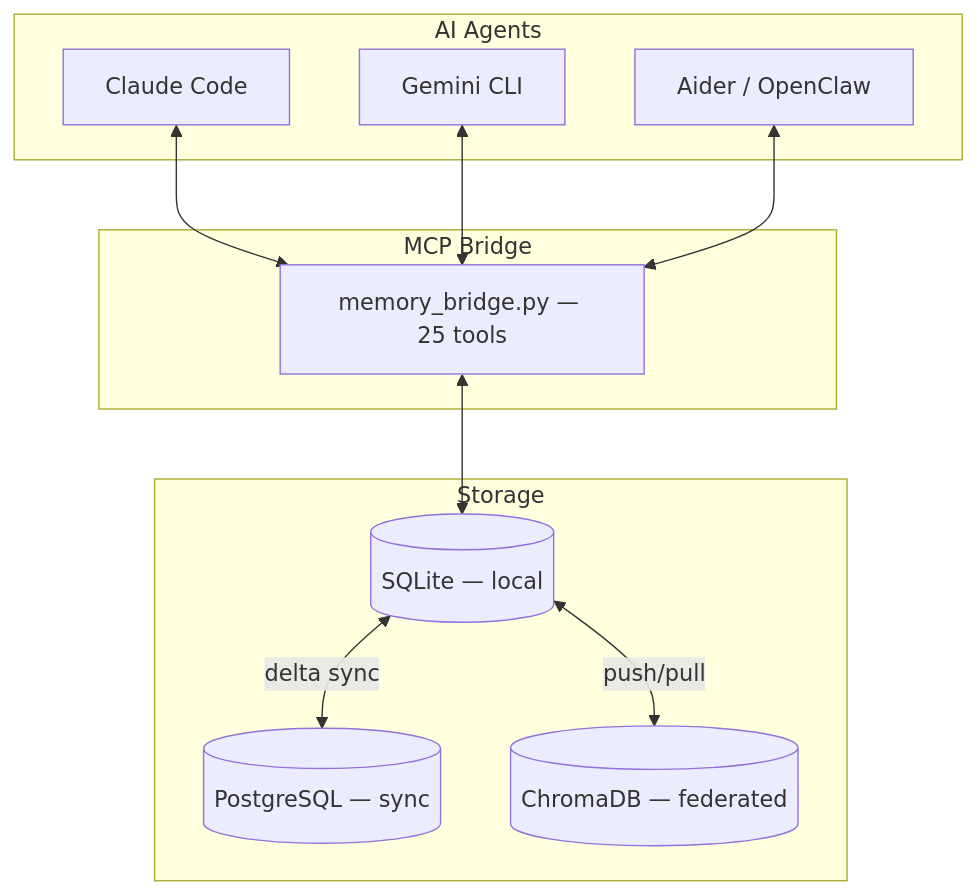
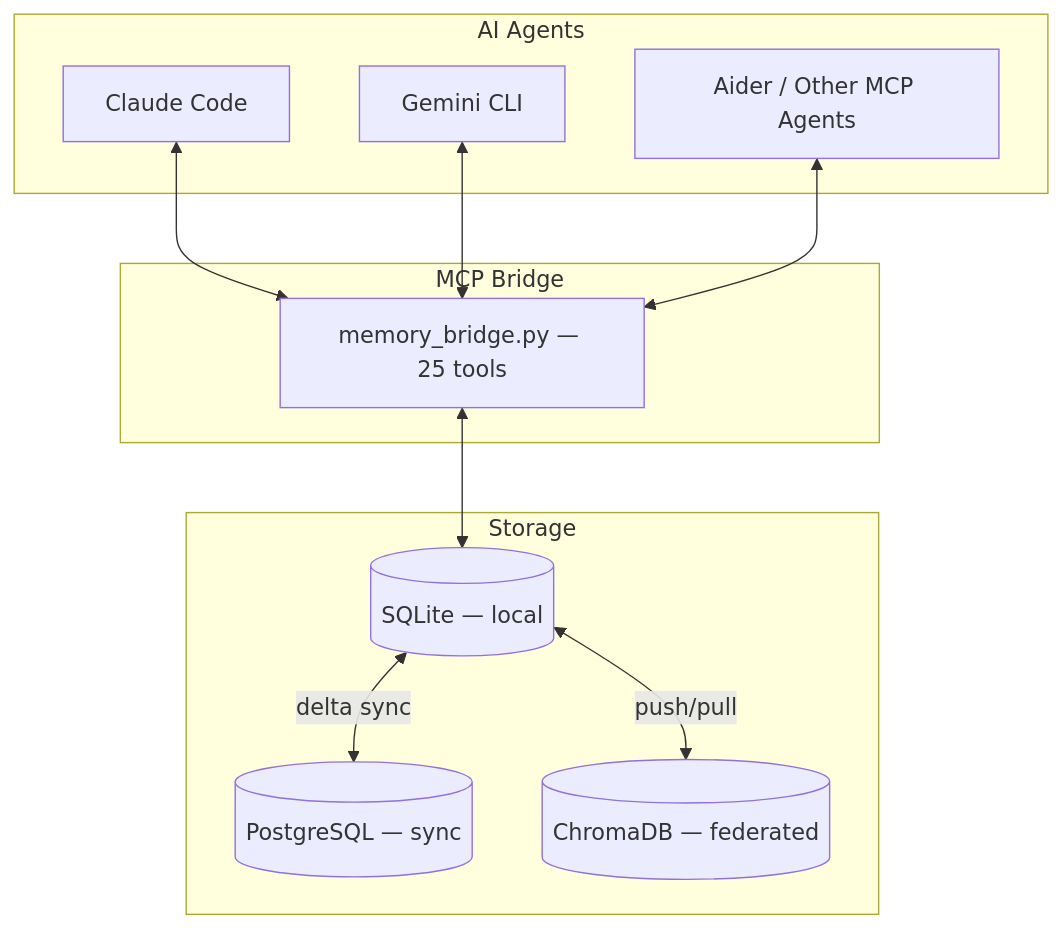
Before and after one commit to skynetcmd/m3-memory: the first of 2 diagrams in README.md, drawn with Mermaid. The commit also changed other lines of this file and 14 other files, not shown here.

````diff
--- a/README.md
+++ b/README.md
@@ -225,23 +225,23 @@
 ```mermaid
 graph TD
     subgraph "AI Agents"
         C[Claude Code]
         G[Gemini CLI]
-        A[Aider / OpenClaw]
+        A[Aider / Other MCP Agents]
     end
 
     subgraph "MCP Bridge"
         MB[memory_bridge.py — 25 tools]
     end
 
     subgraph "Storage"
         SQ[(SQLite — local)]
         PG[(PostgreSQL — sync)]
         CH[(ChromaDB — federated)]
     end
 
     C & G & A <--> MB
     MB <--> SQ
     SQ <-->|delta sync| PG
     SQ <-->|push/pull| CH
 ```
````
